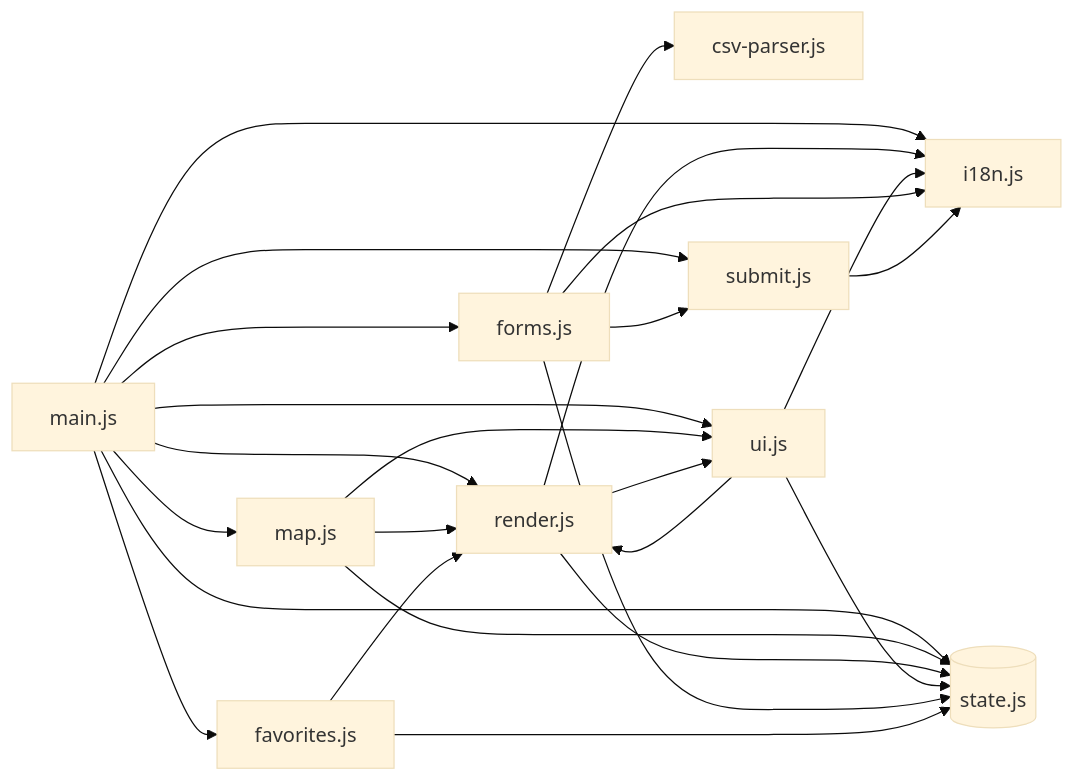
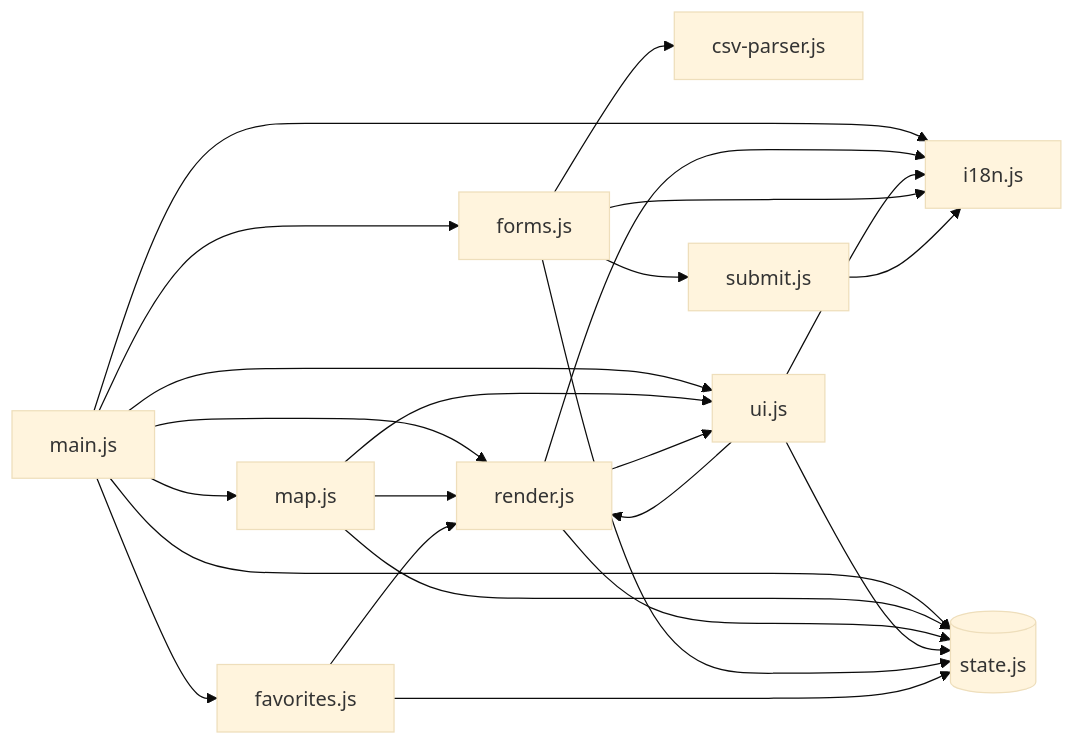
One commit to ginaz5/lingorm-map changed the second of 2 diagrams in README.md. Above: the diagram before and after it, drawn with Mermaid (base theme). The commit also changed other lines of this file and 31 other files, not shown here.

````diff
--- a/README.md
+++ b/README.md
@@ -89,21 +89,21 @@
 ```mermaid
 graph LR
     MAIN["main.js"]
     STATE[("state.js")]
     I18N["i18n.js"]
     CSV["csv-parser.js"]
     RENDER["render.js"]
     MAP["map.js"]
     UI["ui.js"]
     FORMS["forms.js"]
     SUBMIT["submit.js"]
     FAV["favorites.js"]
 
-    MAIN --> STATE & I18N & RENDER & UI & FORMS & SUBMIT & MAP & FAV
+    MAIN --> STATE & I18N & RENDER & UI & FORMS & MAP & FAV
     MAP --> STATE & UI & RENDER
     RENDER --> STATE & I18N & UI
     UI --> STATE & I18N & RENDER
     FORMS --> STATE & I18N & CSV & SUBMIT
     SUBMIT --> I18N
     FAV --> STATE & RENDER
 ```
````
